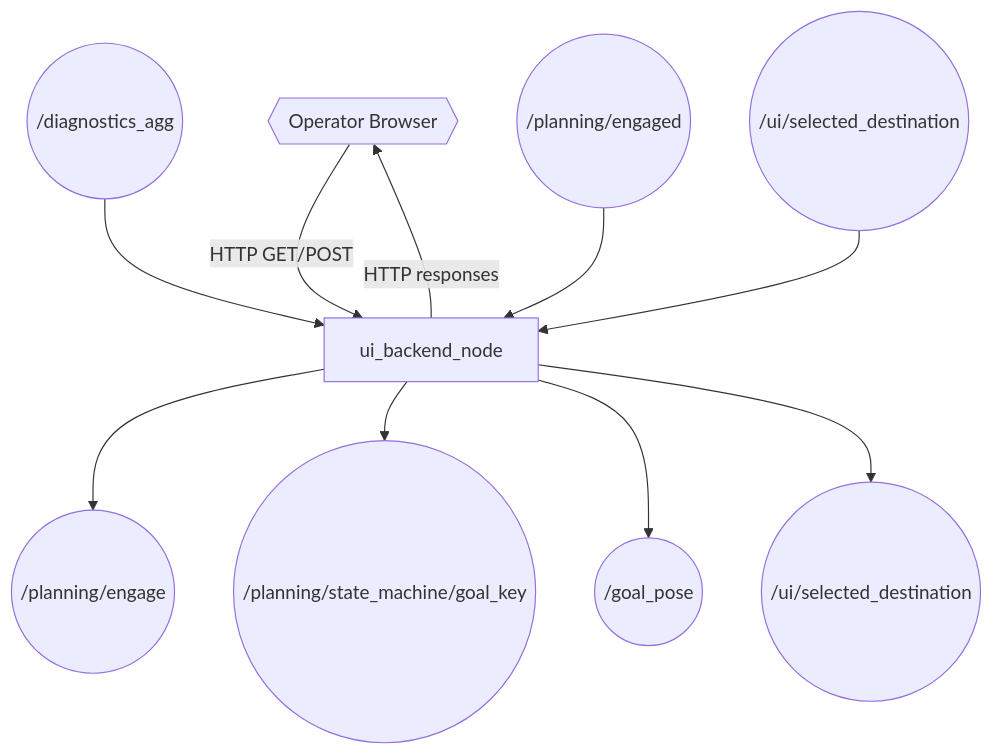
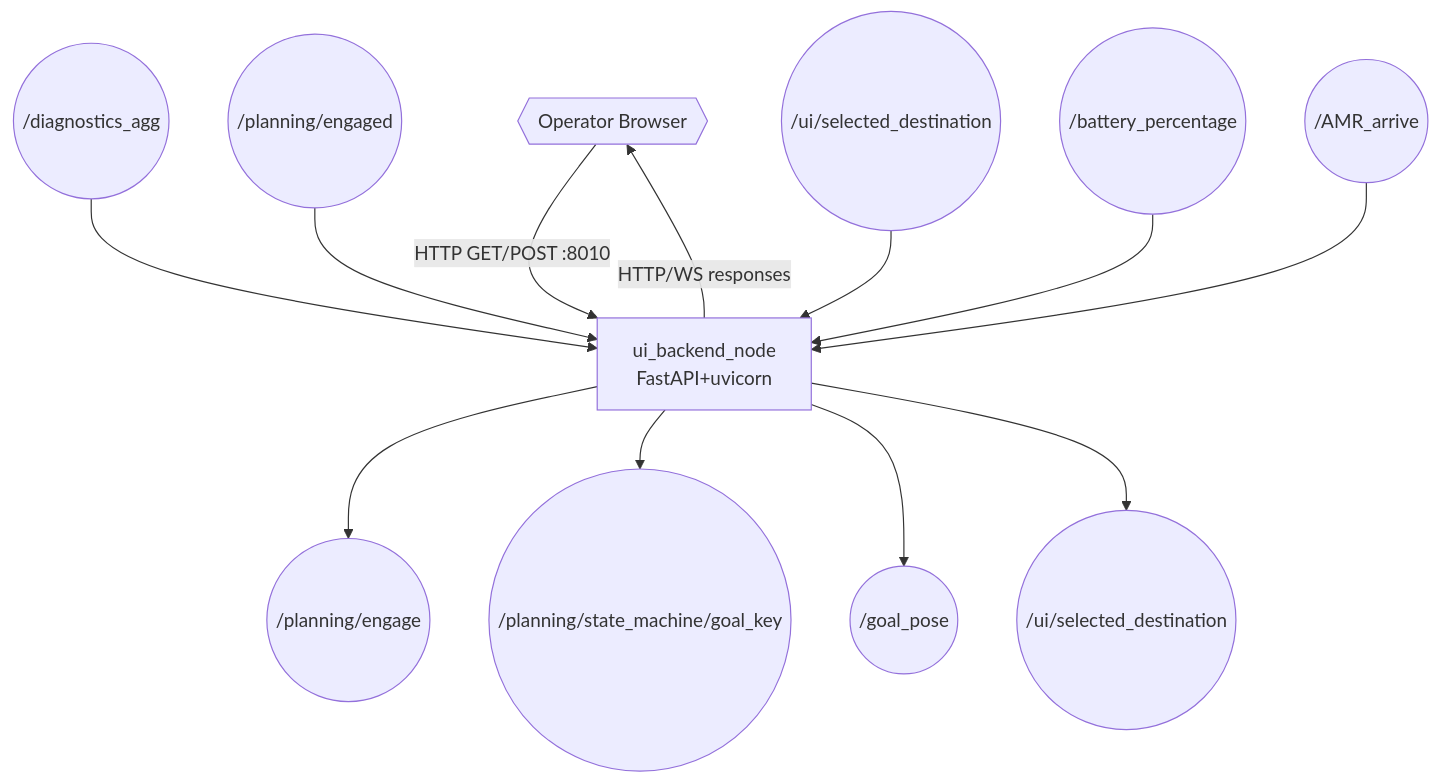
Before and after one commit to hwanhonglee/CAMROD: the second of 5 diagrams in camrod_ui/README.md, drawn with Mermaid. The commit also changed other lines of this file and 15 other files, not shown here.

First line of the commit message:
docs: full README refactor — 12-section standard, diagrams, interface contracts (v1.10)

````diff
--- a/camrod_ui/README.md
+++ b/camrod_ui/README.md
@@ -7,13 +70,15 @@
 ```mermaid
 graph TD
-  BROWSER{{Operator Browser}} -->|HTTP GET/POST| BACKEND[ui_backend_node]
-  DIAGAGG(("/diagnostics_agg")) --> BACKEND
-  ENGAGED(("/planning/engaged")) --> BACKEND
-  DEST(("/ui/selected_destination")) --> BACKEND
+  BROWSER{{Operator Browser}} -->|HTTP GET/POST :8010| BACKEND[ui_backend_node\nFastAPI+uvicorn]
+  DIAGAGG((/diagnostics_agg)) --> BACKEND
+  ENGAGED((/planning/engaged)) --> BACKEND
+  DEST((/ui/selected_destination)) --> BACKEND
+  BATTERY((/battery_percentage)) --> BACKEND
+  ARRIVE((/AMR_arrive)) --> BACKEND
 
-  BACKEND -->|HTTP responses| BROWSER
-  BACKEND --> ENGAGE(("/planning/engage"))
-  BACKEND --> GOALKEY(("/planning/state_machine/goal_key"))
-  BACKEND --> GOALPOSE(("/goal_pose"))
-  BACKEND --> DEST2(("/ui/selected_destination"))
+  BACKEND -->|HTTP/WS responses| BROWSER
+  BACKEND --> ENGAGE((/planning/engage))
+  BACKEND --> GOALKEY((/planning/state_machine/goal_key))
+  BACKEND --> GOALPOSE((/goal_pose))
+  BACKEND --> DEST2((/ui/selected_destination))
 ```
````
